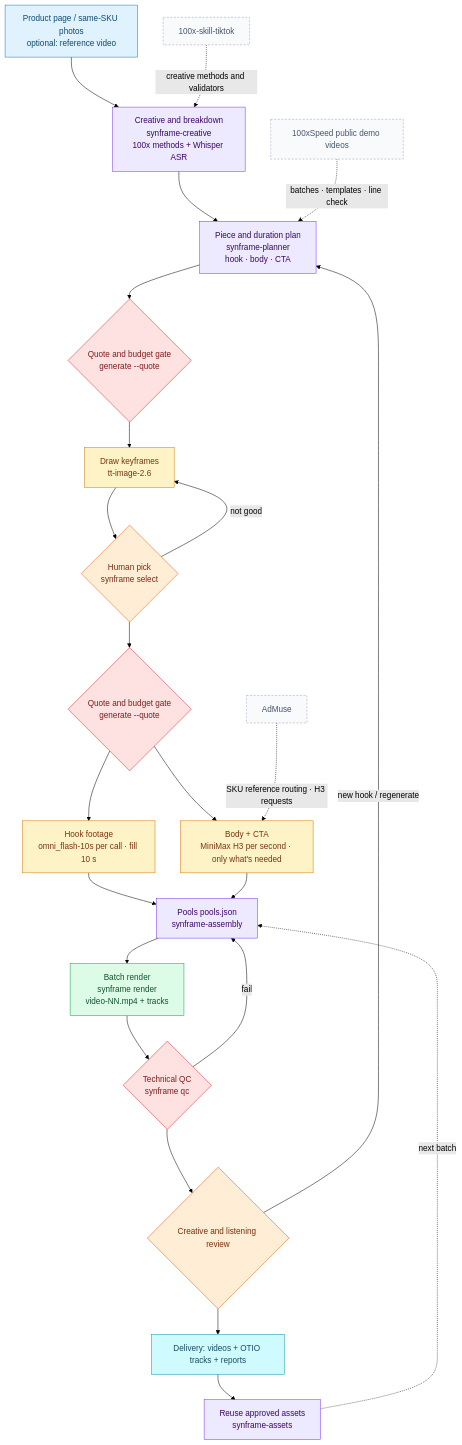
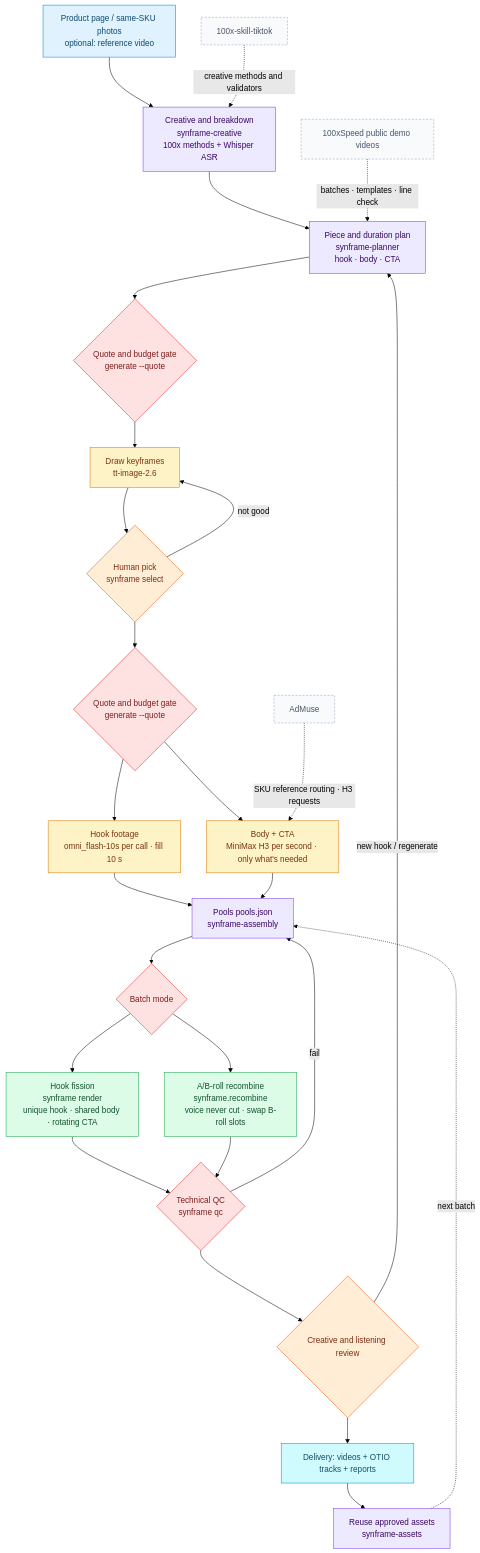
One commit to peipeijiang/synframe changed the diagram in README.en.md. Above: the diagram before and after it, drawn with Mermaid (forest theme). The commit also changed other lines of this file and 11 other files, not shown here.

````diff
--- a/README.en.md
+++ b/README.en.md
@@ -25,47 +36,51 @@
 ```mermaid
 flowchart TD
   IN["Product page / same-SKU photos<br/>optional: reference video"]:::input
   CR["Creative and breakdown<br/>synframe-creative<br/>100x methods + Whisper ASR"]:::skill
   PL["Piece and duration plan<br/>synframe-planner<br/>hook · body · CTA"]:::skill
   Q1{"Quote and budget gate<br/>generate --quote"}:::gate
   IMG["Draw keyframes<br/>tt-image-2.6"]:::model
   PICK{"Human pick<br/>synframe select"}:::human
   Q2{"Quote and budget gate<br/>generate --quote"}:::gate
   HK["Hook footage<br/>omni_flash-10s per call · fill 10 s"]:::model
   BD["Body + CTA<br/>MiniMax H3 per second · only what's needed"]:::model
   POOL["Pools pools.json<br/>synframe-assembly"]:::skill
-  RN["Batch render<br/>synframe render<br/>video-NN.mp4 + tracks"]:::tool
+  MODE{"Batch mode"}:::gate
+  RN["Hook fission<br/>synframe render<br/>unique hook · shared body · rotating CTA"]:::tool
+  AB["A/B-roll recombine<br/>synframe.recombine<br/>voice never cut · swap B-roll slots"]:::tool
   QC{"Technical QC<br/>synframe qc"}:::gate
   HR{"Creative and listening review"}:::human
   OUT["Delivery: videos + OTIO tracks + reports"]:::output
   AS["Reuse approved assets<br/>synframe-assets"]:::skill
 
   IN --> CR --> PL --> Q1 --> IMG --> PICK
   PICK -- not good --> IMG
   PICK --> Q2
   Q2 --> HK & BD
   HK --> POOL
   BD --> POOL
-  POOL --> RN --> QC
+  POOL --> MODE
+  MODE --> RN --> QC
+  MODE --> AB --> QC
   QC -- fail --> POOL
   QC --> HR
   HR -- new hook / regenerate --> PL
   HR --> OUT --> AS
   AS -. next batch .-> POOL
 
   X1["100xSpeed public demo videos"]:::ref
   X2["100x-skill-tiktok"]:::ref
   X3["AdMuse"]:::ref
   X1 -. batches · templates · line check .-> PL
   X2 -. creative methods and validators .-> CR
   X3 -. SKU reference routing · H3 requests .-> BD
 
   classDef input fill:#e0f2fe,stroke:#0284c7,color:#0c4a6e
   classDef skill fill:#ede9fe,stroke:#7c3aed,color:#3b0764
   classDef model fill:#fef3c7,stroke:#d97706,color:#78350f
   classDef tool fill:#dcfce7,stroke:#16a34a,color:#14532d
   classDef gate fill:#fee2e2,stroke:#dc2626,color:#7f1d1d
   classDef human fill:#ffedd5,stroke:#ea580c,color:#7c2d12
   classDef output fill:#cffafe,stroke:#0891b2,color:#164e63
   classDef ref fill:#f8fafc,stroke:#94a3b8,color:#475569,stroke-dasharray:4 3
 ```
````
